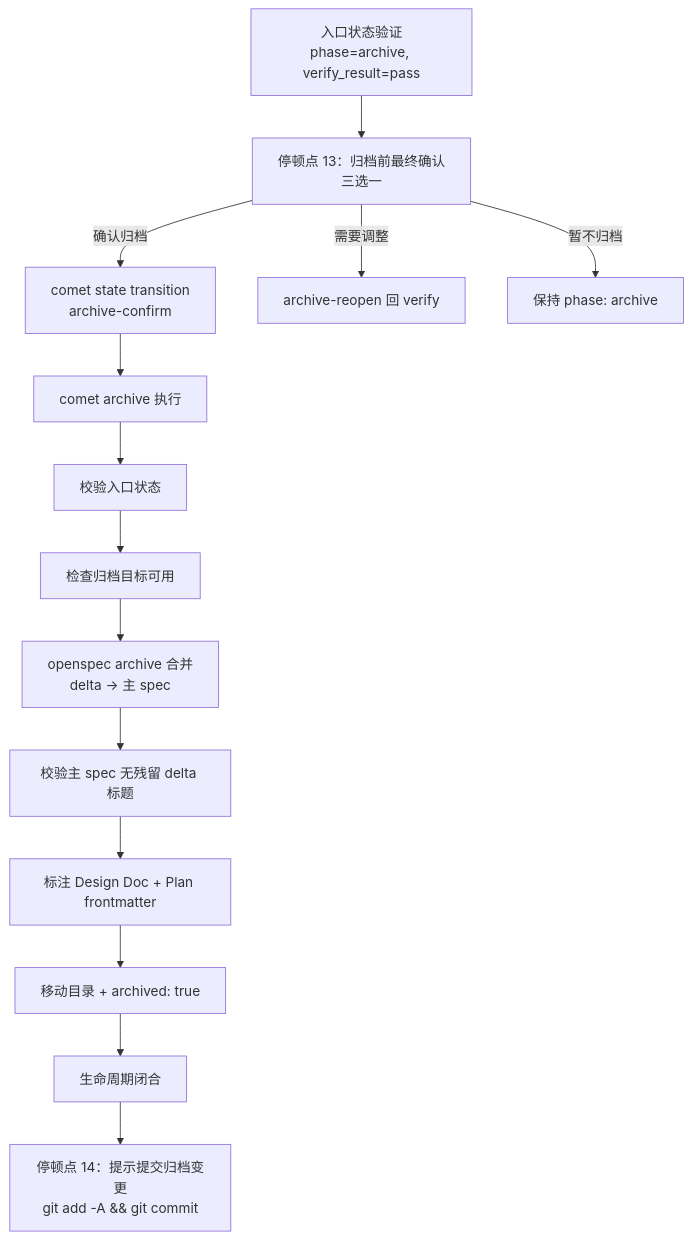
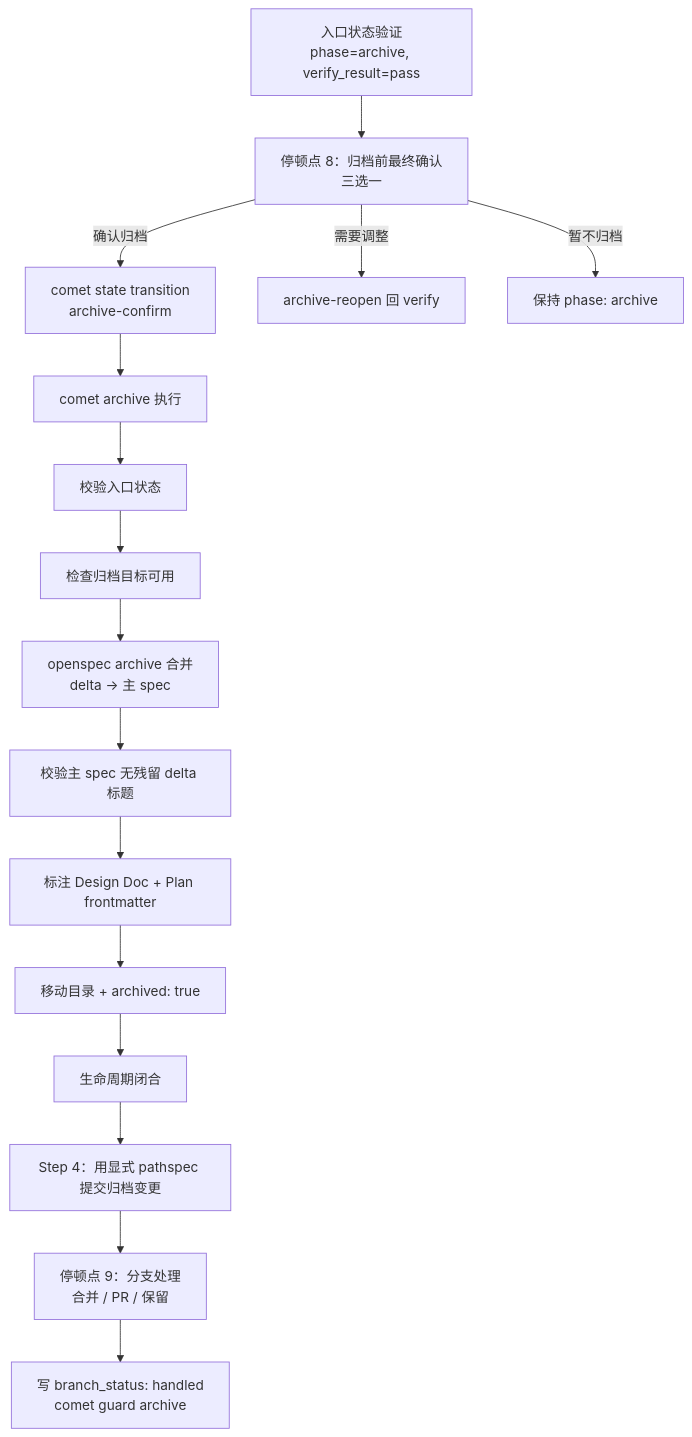
One commit to rpamis/comet-website-docs changed the diagram in zh/phases/archive.mdx. Above: the diagram before and after it, drawn with Mermaid. The commit also changed other lines of this file and 17 other files, not shown here.

````diff
--- a/zh/phases/archive.mdx
+++ b/zh/phases/archive.mdx
@@ -35,16 +35,18 @@
 ```mermaid
 flowchart TD
-    Entry["入口状态验证<br/>phase=archive, verify_result=pass"] --> Stop1["停顿点 13：归档前最终确认<br/>三选一"]
+    Entry["入口状态验证<br/>phase=archive, verify_result=pass"] --> Stop1["停顿点 8：归档前最终确认<br/>三选一"]
     Stop1 -->|确认归档| Confirm["comet state transition<br/>archive-confirm"]
     Confirm --> Run["comet archive 执行"]
     Stop1 -->|需要调整| Reopen["archive-reopen 回 verify"]
     Stop1 -->|暂不归档| Keep["保持 phase: archive"]
     Run --> S1["校验入口状态"]
     S1 --> S2["检查归档目标可用"]
     S2 --> S3["openspec archive 合并<br/>delta → 主 spec"]
     S3 --> S4["校验主 spec 无残留 delta 标题"]
     S4 --> S5["标注 Design Doc + Plan frontmatter"]
     S5 --> S6["移动目录 + archived: true"]
     S6 --> Done["生命周期闭合"]
-    Done --> Commit["停顿点 14：提示提交归档变更<br/>git add -A && git commit"]
+    Done --> Commit["Step 4：用显式 pathspec 提交归档变更"]
+    Commit --> Branch["停顿点 9：分支处理<br/>合并 / PR / 保留"]
+    Branch --> Final["写 branch_status: handled<br/>comet guard archive"]
 ```
````
